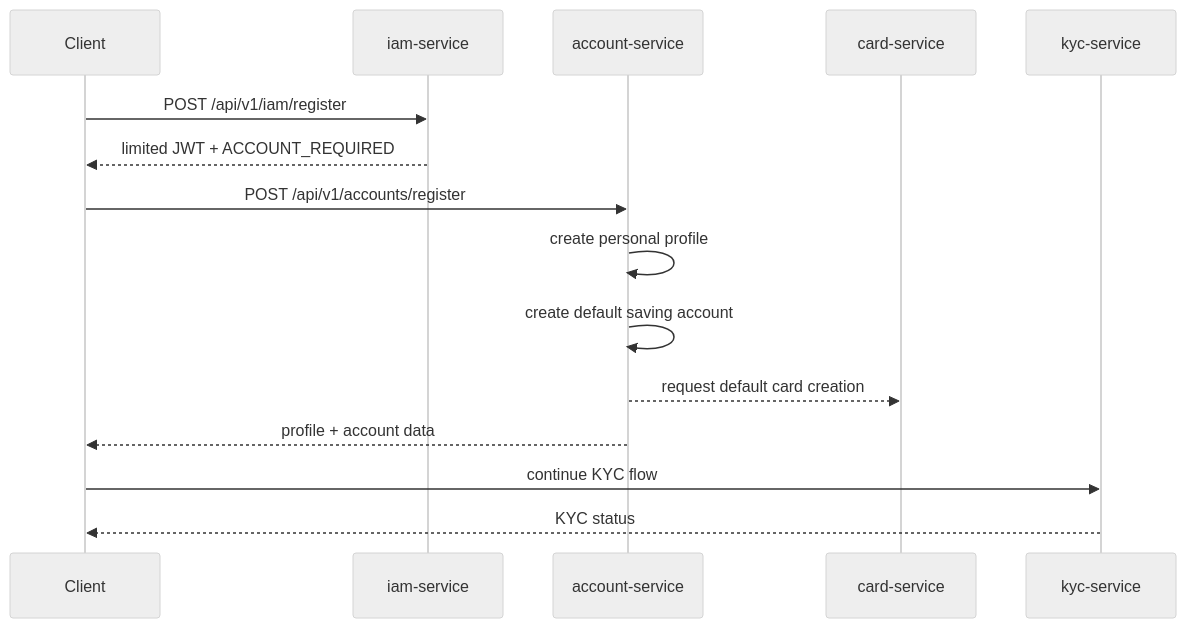
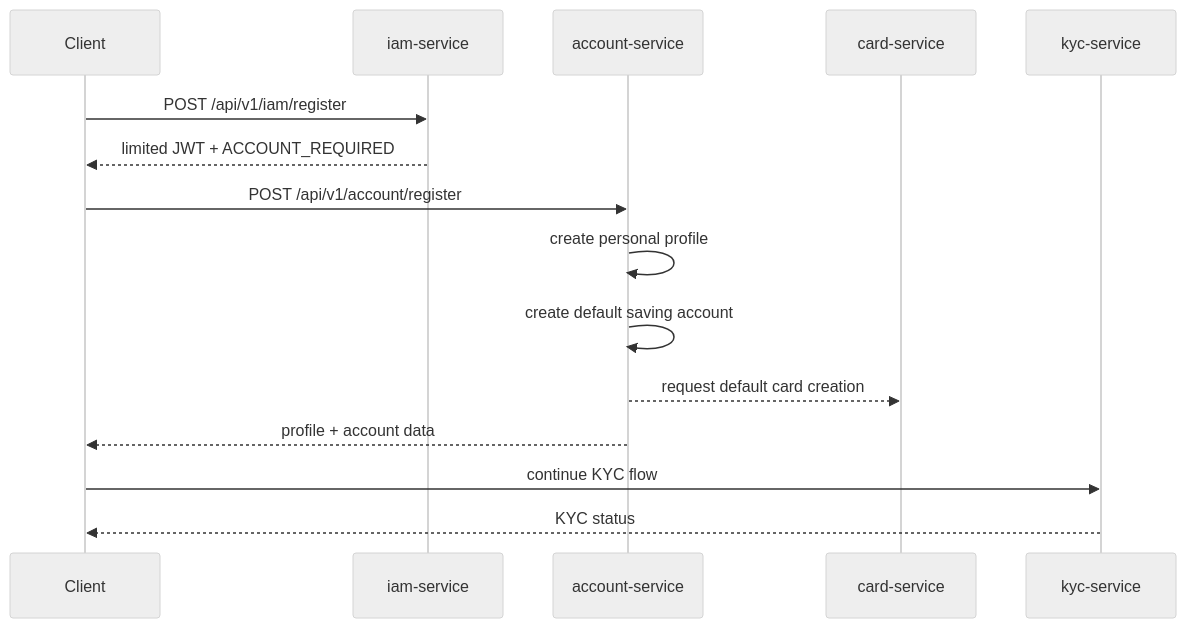
The second of 4 diagrams in docs/architecture.md (alirezanazari/backend), drawn with Mermaid (neutral theme) before and after one commit. The commit also changed 12 other files, not shown here.

Commit message:
Fix account & profile api path

````diff
--- a/docs/architecture.md
+++ b/docs/architecture.md
@@ -212,20 +212,20 @@
 ```mermaid
 sequenceDiagram
   participant C as Client
   participant IAM as iam-service
   participant ACC as account-service
   participant CARD as card-service
   participant KYC as kyc-service
 
   C->>IAM: POST /api/v1/iam/register
   IAM-->>C: limited JWT + ACCOUNT_REQUIRED
 
-  C->>ACC: POST /api/v1/accounts/register
+  C->>ACC: POST /api/v1/account/register
   ACC->>ACC: create personal profile
   ACC->>ACC: create default saving account
   ACC-->>CARD: request default card creation
   ACC-->>C: profile + account data
 
   C->>KYC: continue KYC flow
   KYC-->>C: KYC status
 ```
````
